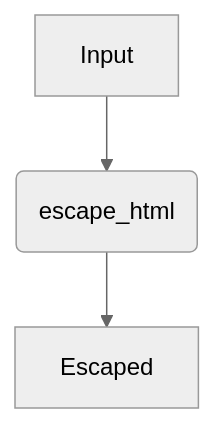
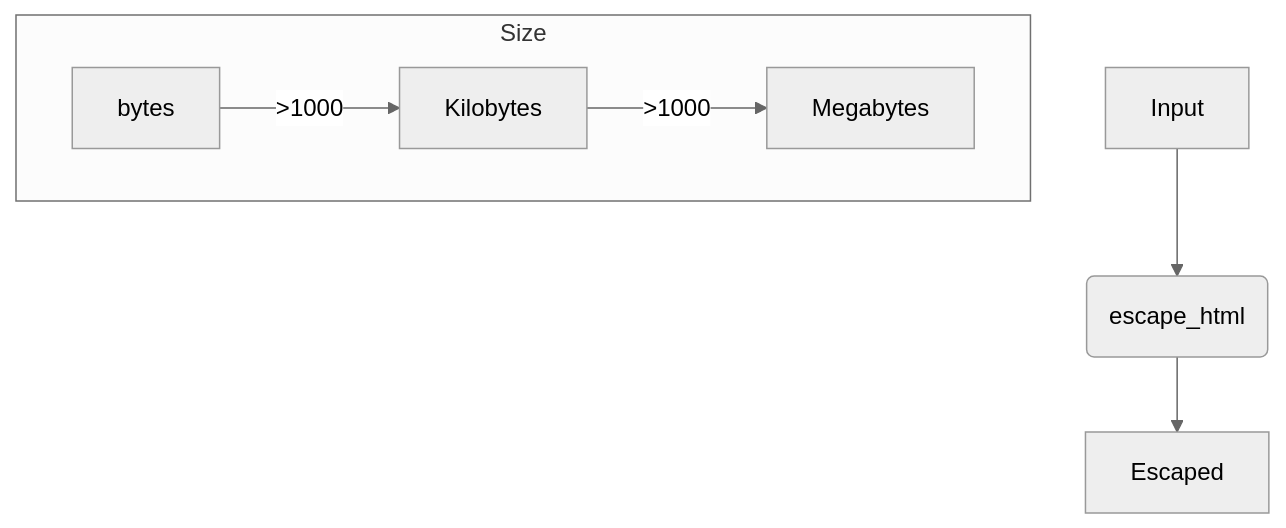
Before and after one commit to brianpetro/jsbrains: the diagram in smart-utils/spec.md, drawn with Mermaid (neutral theme). The commit also changed other lines of this file and 7 other files, not shown here.

````diff
--- a/smart-utils/spec.md
+++ b/smart-utils/spec.md
@@ -16,4 +18,9 @@
 ```mermaid
 flowchart TD
-	A[Input] --> B(escape_html) --> C[Escaped]
+				A[Input] --> B(escape_html) --> C[Escaped]
+
+		subgraph Size
+				BYTES[bytes] -->|>1000| KB[Kilobytes]
+				KB -->|>1000| MB[Megabytes]
+		end
 ```
````
